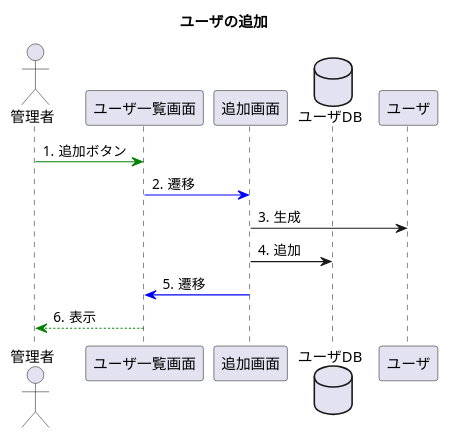
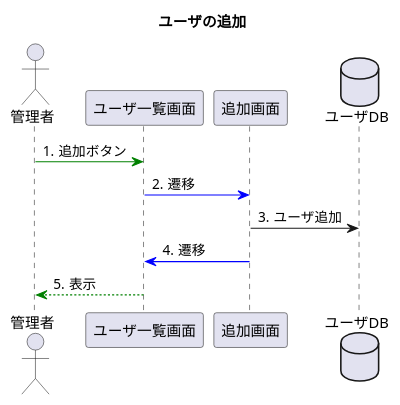
Before and after one commit to toufu66/ProjectC: the diagram in uml/seq_insert.pu, drawn with PlantUML.

Commit message:
シーケンス図（追加）

```diff
--- a/uml/seq_insert.pu
+++ b/uml/seq_insert.pu
@@ -1,19 +1,19 @@
 @startuml
 title ユーザの追加
 
 autonumber "#."
 
 actor 管理者
 participant ユーザ一覧画面
 participant 追加画面
 database ユーザDB
-participant ユーザ
+
 
 管理者 -[#green]> ユーザ一覧画面:追加ボタン
 ユーザ一覧画面 -[#blue]> 追加画面:遷移
-追加画面 -> ユーザ:生成
 
-追加画面 -> ユーザDB:追加
+
+追加画面 -> ユーザDB:ユーザ追加
 追加画面 -[#blue]> ユーザ一覧画面:遷移
 ユーザ一覧画面 --[#green]> 管理者:表示
 @enduml
```
